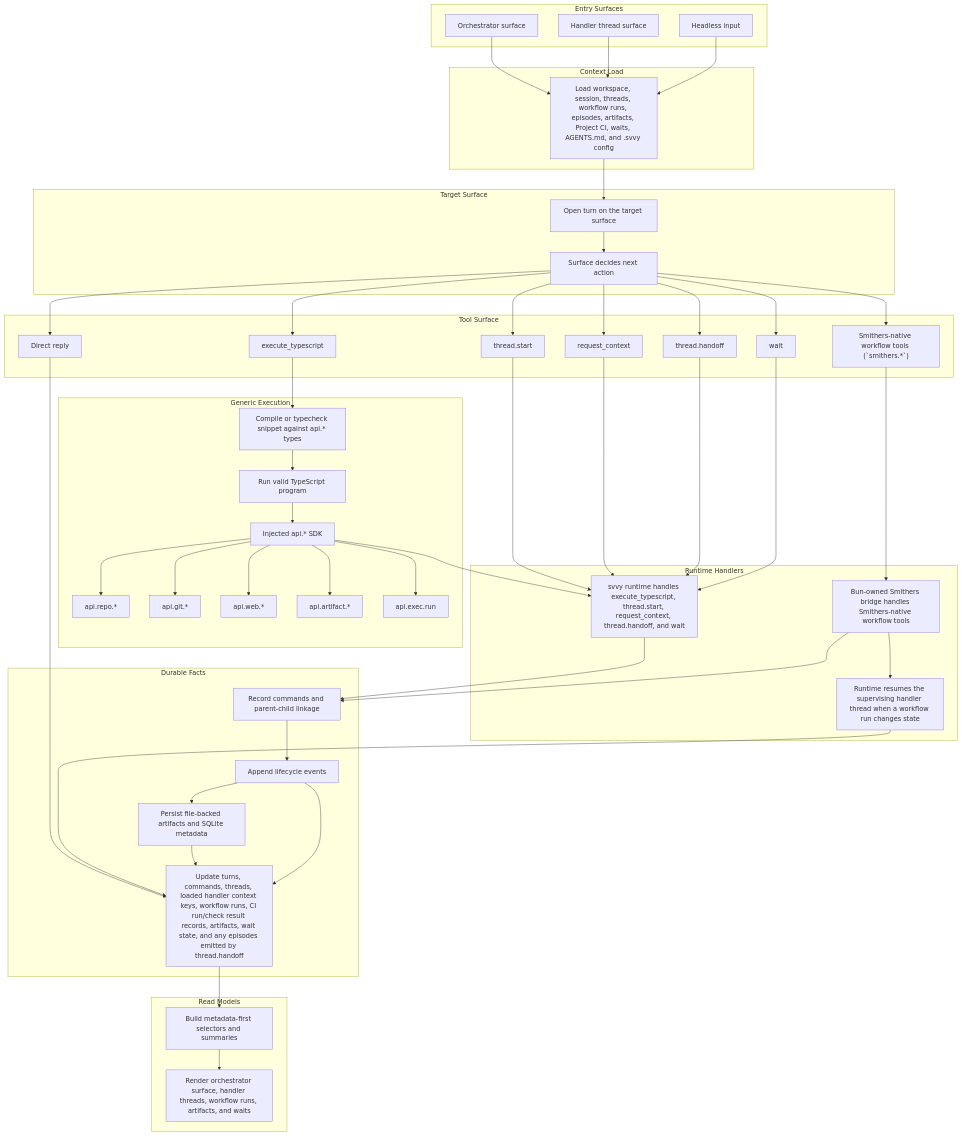
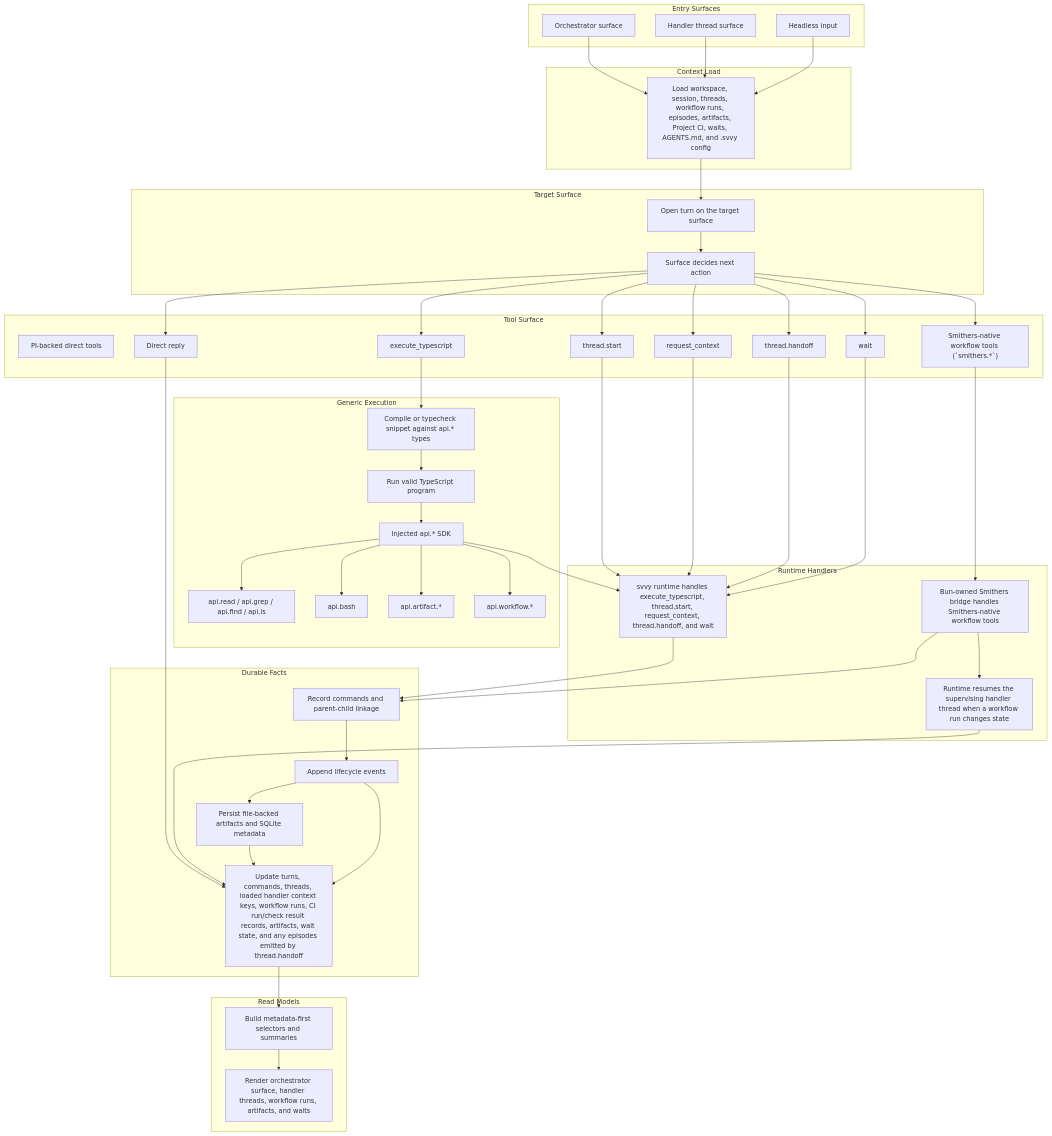
Before and after one commit to 0xpolarzero/hellm: the diagram in docs/execution-model.md, drawn with Mermaid. The commit also changed other lines of this file and 43 other files, not shown here.

Commit message:
refactor: make direct tools the canonical agent surface

```diff
--- a/docs/execution-model.md
+++ b/docs/execution-model.md
@@ -45,6 +45,7 @@
     end
 
     subgraph Tools["Tool Surface"]
+        DirectTools["PI-backed direct tools"]
         Generic["execute_typescript"]
         ThreadStart["thread.start"]
         RequestContext["request_context"]
@@ -58,11 +59,10 @@
         Compile["Compile or typecheck snippet against api.* types"]
         Run["Run valid TypeScript program"]
         Api["Injected api.* SDK"]
-        ApiRepo["api.repo.*"]
-        ApiGit["api.git.*"]
-        ApiWeb["api.web.*"]
+        ApiRead["api.read / api.grep / api.find / api.ls"]
+        ApiBash["api.bash"]
         ApiArtifact["api.artifact.*"]
-        ApiExec["api.exec.run"]
+        ApiWorkflow["api.workflow.*"]
     end
 
     subgraph Runtime["Runtime Handlers"]
@@ -101,11 +101,10 @@
     Generic --> Compile
     Compile --> Run
     Run --> Api
-    Api --> ApiRepo
-    Api --> ApiGit
-    Api --> ApiWeb
+    Api --> ApiRead
+    Api --> ApiBash
     Api --> ApiArtifact
-    Api --> ApiExec
+    Api --> ApiWorkflow
     Api --> RuntimeHandler
 
     ThreadStart --> RuntimeHandler
```
